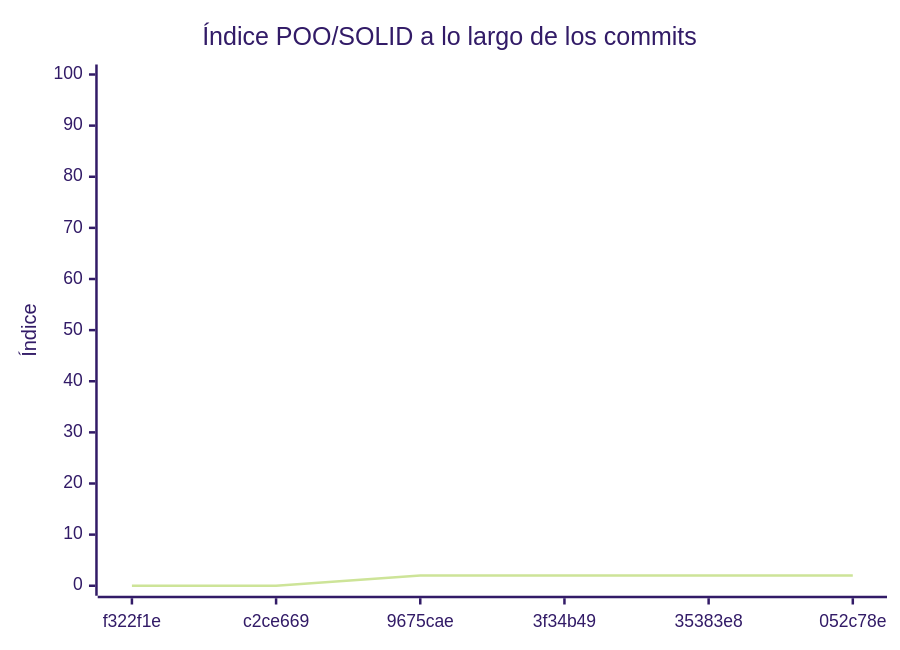
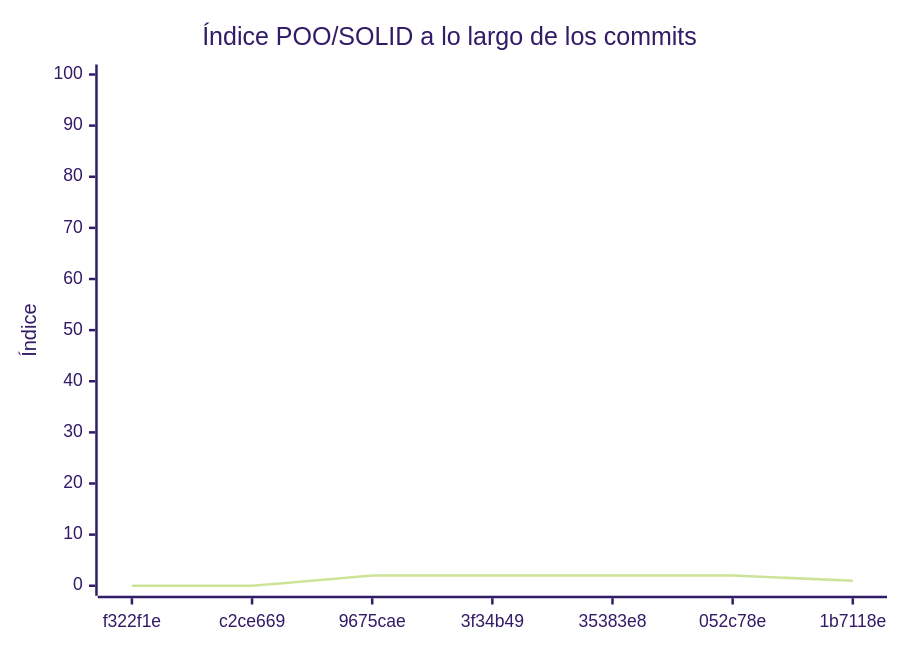
One commit to centuriol/Proyecto_final_programacion2 changed the diagram in docs/EVALUACION.md. Above: the diagram before and after it, drawn with Mermaid (forest theme). The commit also changed other lines of this file and 1 other file, not shown here.

````diff
--- a/docs/EVALUACION.md
+++ b/docs/EVALUACION.md
@@ -405,7 +458,7 @@
 ```mermaid
 xychart-beta
     title "Índice POO/SOLID a lo largo de los commits"
-    x-axis ["f322f1e", "c2ce669", "9675cae", "3f34b49", "35383e8", "052c78e"]
+    x-axis ["f322f1e", "c2ce669", "9675cae", "3f34b49", "35383e8", "052c78e", "1b7118e"]
     y-axis "Índice" 0 --> 100
-    line [0, 0, 2, 2, 2, 2]
+    line [0, 0, 2, 2, 2, 2, 1]
 ```
````
